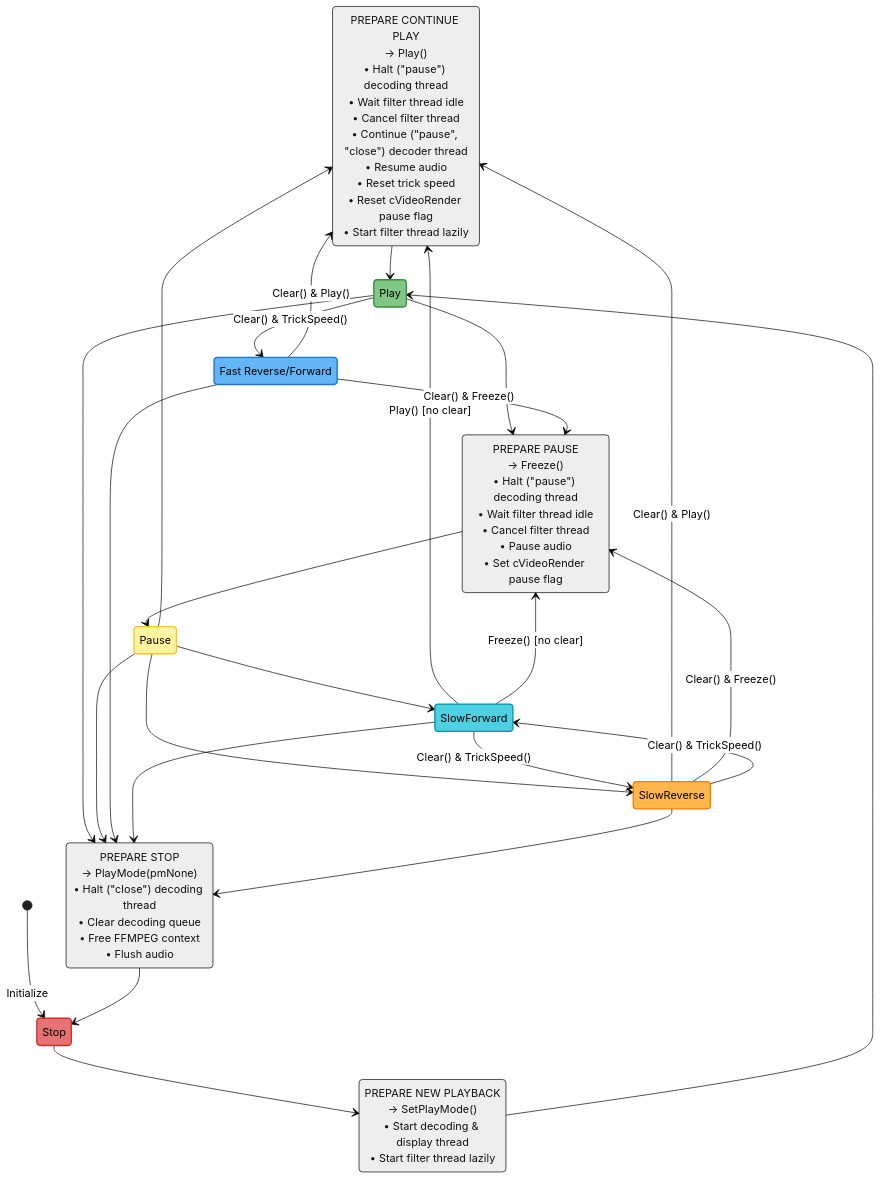
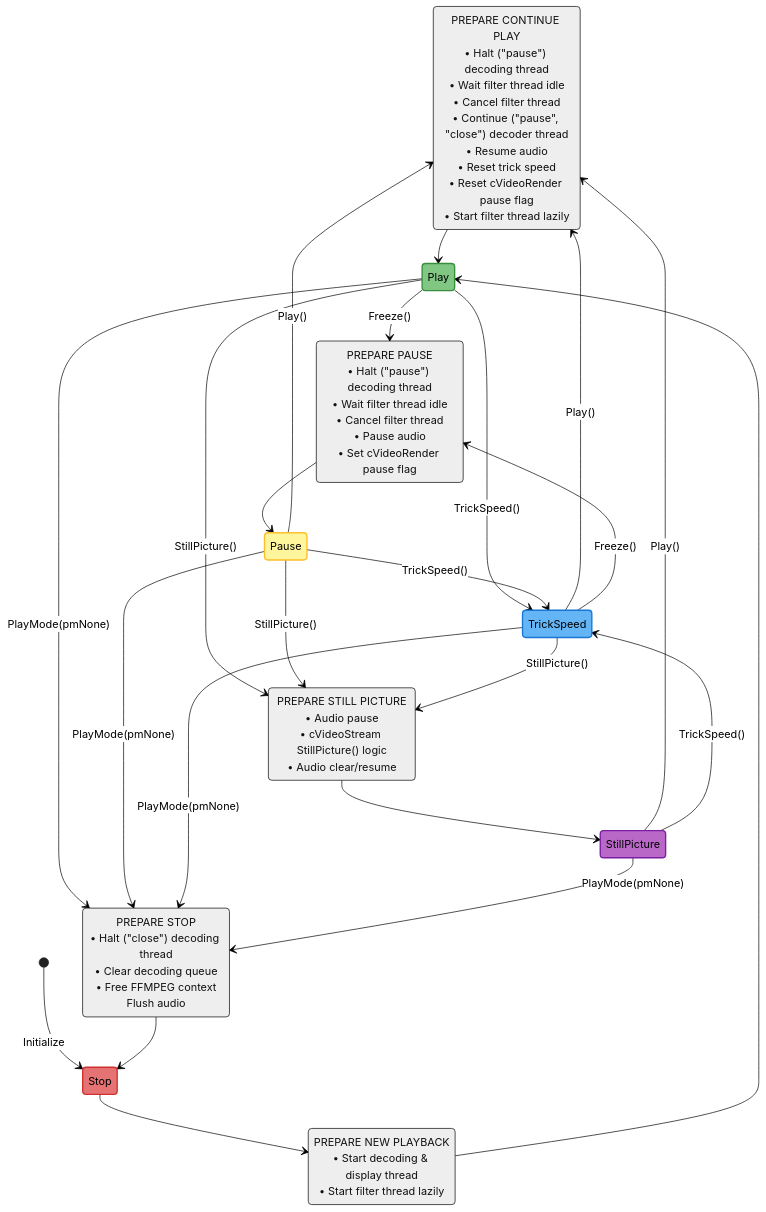
Before and after one commit to rellla/vdr-plugin-softhddevice-drm-gles: the first of 3 diagrams in DEVELOPER.md, drawn with Mermaid (neutral theme).

Commit message:
Move the simple version to the top. Add SkipSeconds..

````diff
--- a/DEVELOPER.md
+++ b/DEVELOPER.md
@@ -9,57 +9,52 @@
 ```mermaid
 stateDiagram-v2
-    PrepareContinuePlay: PREPARE CONTINUE PLAY<br/>→ Play()<br/>• Halt ("pause") decoding thread<br/>• Wait filter thread idle<br/>• Cancel filter thread<br />• Continue ("pause", "close") decoder thread<br/>• Resume audio<br/>• Reset trick speed<br/>• Reset cVideoRender pause flag<br/>• Start filter thread lazily
+    PrepareContinuePlay: PREPARE CONTINUE PLAY<br/>• Halt ("pause") decoding thread<br/>• Wait filter thread idle<br/>• Cancel filter thread<br />• Continue ("pause", "close") decoder thread<br/>• Resume audio<br/>• Reset trick speed<br/>• Reset cVideoRender pause flag<br/>• Start filter thread lazily
 
-    PrepareNewPlay: PREPARE NEW PLAYBACK<br/>→ SetPlayMode()<br/>• Start decoding & display thread<br/>• Start filter thread lazily
+    PrepareNewPlay: PREPARE NEW PLAYBACK<br/>• Start decoding & display thread<br/>• Start filter thread lazily
 
-    PrepareStop: PREPARE STOP<br/>→ PlayMode(pmNone)<br/>• Halt ("close") decoding thread<br/>• Clear decoding queue<br/>• Free FFMPEG context<br/>• Flush audio
+    PrepareStop: PREPARE STOP<br/>• Halt ("close") decoding thread<br/>• Clear decoding queue<br/>• Free FFMPEG context<br/>Flush audio
 
-    PreparePause: PREPARE PAUSE<br/>→ Freeze()<br/>• Halt ("pause") decoding thread<br/>• Wait filter thread idle<br/>• Cancel filter thread<br />• Pause audio<br/>• Set cVideoRender pause flag
+    PreparePause: PREPARE PAUSE<br/>• Halt ("pause") decoding thread<br/>• Wait filter thread idle<br/>• Cancel filter thread<br />• Pause audio<br/>• Set cVideoRender pause flag
 
-    FastTrickSpeed: Fast Reverse/Forward
+    PrepareStillPicture: PREPARE STILL PICTURE<br/>• Audio pause<br/>• cVideoStream StillPicture() logic<br/>• Audio clear/resume
 
     [*] --> Stop: Initialize
 
     PrepareStop --> Stop
     Stop --> PrepareNewPlay
 
     PrepareNewPlay --> Play
     PrepareContinuePlay --> Play
-    Play --> PreparePause
-    Play --> FastTrickSpeed: Clear() & TrickSpeed()
-    Play --> PrepareStop
+    Play --> PreparePause: Freeze()
+    Play --> TrickSpeed: TrickSpeed()
+    Play --> PrepareStop: PlayMode(pmNone)
+    Play --> PrepareStillPicture: StillPicture()
 
     PreparePause --> Pause
-    Pause --> PrepareContinuePlay
-    Pause --> PrepareStop
-    Pause --> SlowForward
-    Pause --> SlowReverse
+    Pause --> PrepareContinuePlay: Play()
+    Pause --> PrepareStop: PlayMode(pmNone)
+    Pause --> TrickSpeed: TrickSpeed()
+    Pause --> PrepareStillPicture: StillPicture()
 
-    FastTrickSpeed --> PrepareContinuePlay: Clear() & Play()
-    FastTrickSpeed --> PreparePause: Clear() & Freeze()
-    FastTrickSpeed --> PrepareStop
+    TrickSpeed --> PrepareContinuePlay: Play()
+    TrickSpeed --> PreparePause: Freeze()
+    TrickSpeed --> PrepareStop: PlayMode(pmNone)
+    TrickSpeed --> PrepareStillPicture: StillPicture()
 
-    SlowForward --> PrepareContinuePlay: Play() [no clear]
-    SlowForward --> PreparePause: Freeze() [no clear]
-    SlowForward --> PrepareStop
-    SlowForward --> SlowReverse: Clear() & TrickSpeed()
-
-    SlowReverse --> PrepareContinuePlay: Clear() & Play()
-    SlowReverse --> PreparePause: Clear() & Freeze()
-    SlowReverse --> PrepareStop
-    SlowReverse --> SlowForward: Clear() & TrickSpeed()
+    PrepareStillPicture --> StillPicture
+    StillPicture --> PrepareContinuePlay: Play()
+    StillPicture --> PrepareStop: PlayMode(pmNone)
+    StillPicture --> TrickSpeed: TrickSpeed()
 
     classDef stopState fill:#e57373,stroke:#d32f2f,stroke-width:2px,color:#000
     classDef playState fill:#81c784,stroke:#388e3c,stroke-width:2px,color:#000
     classDef pauseState fill:#fff59d,stroke:#fbc02d,stroke-width:2px,color:#000
-    classDef fastTrickspeedState fill:#64b5f6,stroke:#1976d2,stroke-width:2px,color:#000
-        classDef slowForwardState fill:#4dd0e1,stroke:#0097a7,stroke-width:2px,color:#000
-    classDef slowReverseState fill:#ffb74d,stroke:#f57c00,stroke-width:2px,color:#000
+    classDef trickspeedState fill:#64b5f6,stroke:#1976d2,stroke-width:2px,color:#000
+    classDef stillpictureState fill:#ba68c8,stroke:#7b1fa2,stroke-width:2px,color:#000
 
     class Stop stopState
     class Play playState
     class Pause pauseState
-    class FastTrickSpeed fastTrickspeedState
-    class SlowForward slowForwardState
-    class SlowReverse slowReverseState
+    class TrickSpeed trickspeedState
+    class StillPicture stillpictureState
 ```
````
